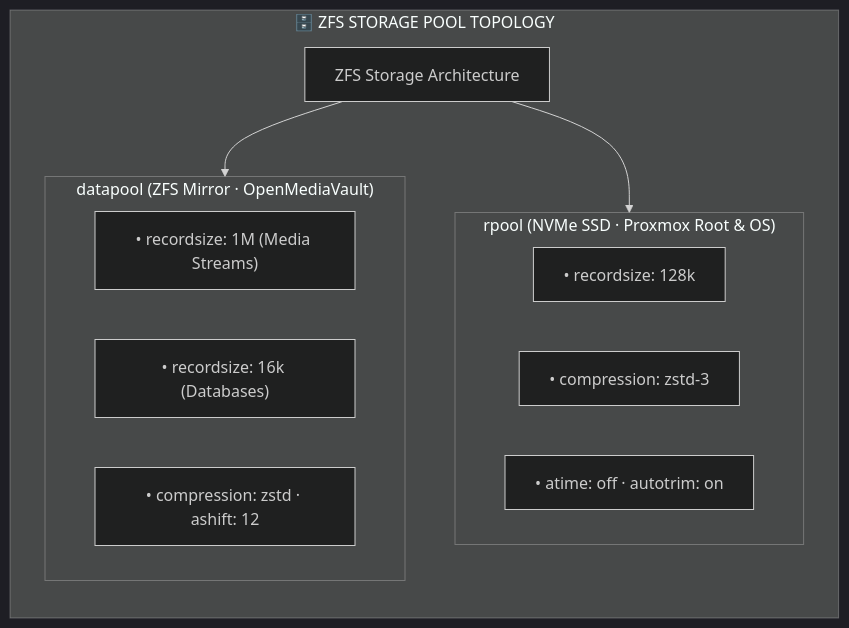
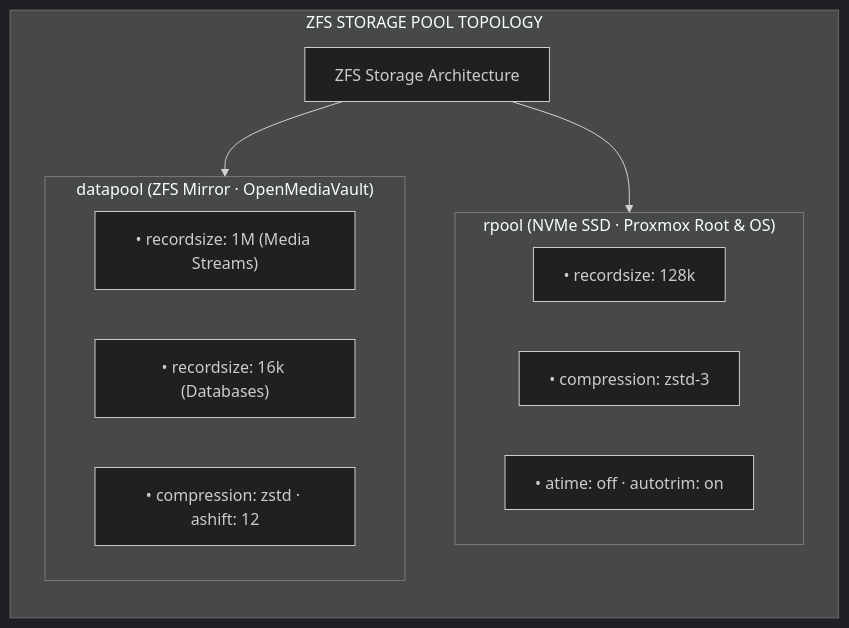
Before and after one commit to stefanutc1/datacenter: the sixth of 13 diagrams in README.md, drawn with Mermaid (dark theme). The commit also changed other lines of this file and 7 other files, not shown here.

````diff
--- a/README.md
+++ b/README.md
@@ -387,22 +387,22 @@
 ```mermaid
 flowchart TD
-    subgraph ZFSTopology["🗄️ ZFS STORAGE POOL TOPOLOGY"]
-        direction TB
-        Pools["ZFS Storage Architecture"]
-        
-        subgraph RPool["rpool (NVMe SSD · Proxmox Root & OS)"]
-            R1["• recordsize: 128k"]
-            R2["• compression: zstd-3"]
-            R3["• atime: off · autotrim: on"]
-        end
+ subgraph ZFSTopology["ZFS STORAGE POOL TOPOLOGY"]
+ direction TB
+ Pools["ZFS Storage Architecture"]
+ 
+ subgraph RPool["rpool (NVMe SSD · Proxmox Root & OS)"]
+ R1["• recordsize: 128k"]
+ R2["• compression: zstd-3"]
+ R3["• atime: off · autotrim: on"]
+ end
 
-        subgraph DataPool["datapool (ZFS Mirror · OpenMediaVault)"]
-            D1["• recordsize: 1M (Media Streams)"]
-            D2["• recordsize: 16k (Databases)"]
-            D3["• compression: zstd · ashift: 12"]
-        end
+ subgraph DataPool["datapool (ZFS Mirror · OpenMediaVault)"]
+ D1["• recordsize: 1M (Media Streams)"]
+ D2["• recordsize: 16k (Databases)"]
+ D3["• compression: zstd · ashift: 12"]
+ end
 
-        Pools --> RPool
-        Pools --> DataPool
-    end
+ Pools --> RPool
+ Pools --> DataPool
+ end
 ```
````
